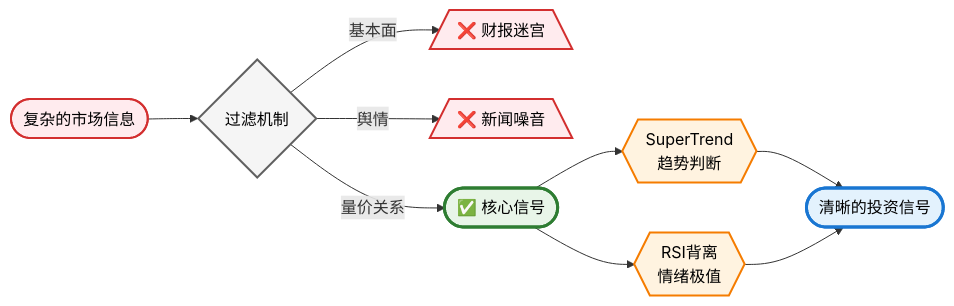
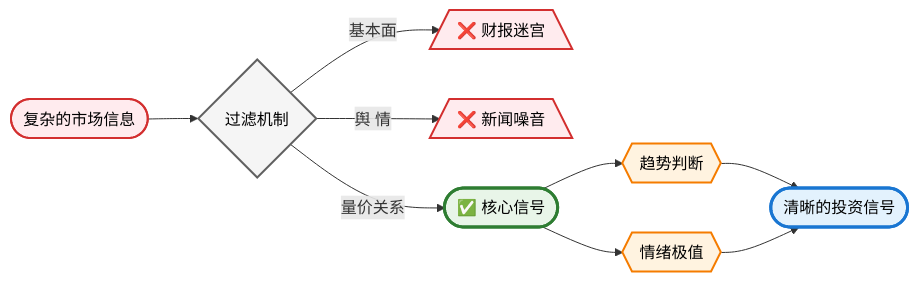
Before and after one commit to jerlinn/PulseTrader: the third of 3 diagrams in Readme.md, drawn with Mermaid. The commit also changed other lines of this file and 1 other file, not shown here.

````diff
--- a/Readme.md
+++ b/Readme.md
@@ -174,38 +174,38 @@
 ```mermaid
 graph LR
     %% 输入层 - 圆角矩形表示复杂信息
     COMPLEX([复杂的市场信息]) --> FILTER{过滤机制}
     
     %% 过滤分支 - 菱形决策节点
     FILTER --> |基本面| NOISE1[/❌ 财报迷宫\]
-    FILTER --> |舆情| NOISE2[/❌ 新闻噪音\] 
+    FILTER --> |舆  情| NOISE2[/❌ 新闻噪音\] 
     FILTER --> |量价关系| CORE([✅ 核心信号])
     
     %% 核心分析层 - 六边形表示处理引擎
-    CORE --> TREND{{SuperTrend<br/>趋势判断}}
-    CORE --> RSI_DIV{{RSI背离<br/>情绪极值}}
+    CORE --> TREND{{趋势判断}}
+    CORE --> RSI_DIV{{情绪极值}}
     
     %% 输出层 - 圆角矩形表示最终结果
     TREND --> SIGNAL([清晰的投资信号])
     RSI_DIV --> SIGNAL
     
     %% 噪音信息样式 - 红色系，表示要过滤的信息
     classDef noiseLayer fill:#ffebee,stroke:#d32f2f,stroke-width:2px,color:#000
     class COMPLEX,NOISE1,NOISE2 noiseLayer
     
     %% 过滤决策样式 - 灰色系
     classDef filterLayer fill:#f5f5f5,stroke:#616161,stroke-width:2px,color:#000
     class FILTER filterLayer
     
     %% 核心信号样式 - 绿色系，表示有价值的信息
     classDef coreLayer fill:#e8f5e8,stroke:#2e7d32,stroke-width:3px,color:#000
     class CORE coreLayer
     
     %% 分析引擎样式 - 橙色系
     classDef engineLayer fill:#fff3e0,stroke:#f57c00,stroke-width:2px,color:#000
     class TREND,RSI_DIV engineLayer
     
     %% 最终输出样式 - 蓝色系，加粗表示重要性
     classDef outputLayer fill:#e3f2fd,stroke:#1976d2,stroke-width:3px,color:#000
     class SIGNAL outputLayer
 ```
````
